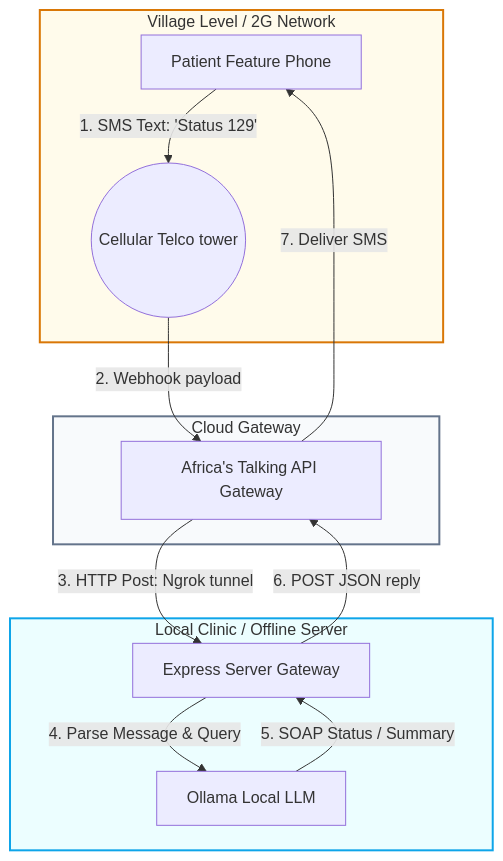
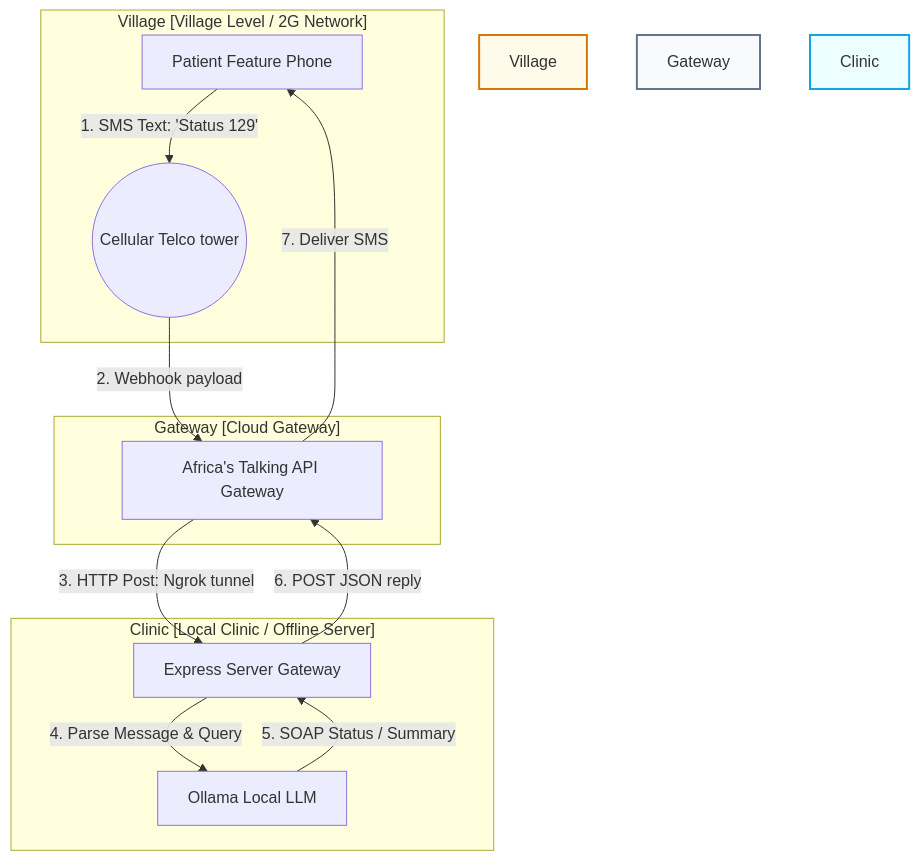
The diagram in blog/posts/2g-sms-fallback-bridge-africa-talking.md (akmalkhaniub/akmalkhaniub.github.io), drawn with Mermaid before and after one commit. The commit also changed 600 other files, not shown here.

Commit message:
fix(blog): resolve Mermaid v10 syntax errors across Figure 1 and publication subgraphs

````diff
--- a/blog/posts/2g-sms-fallback-bridge-africa-talking.md
+++ b/blog/posts/2g-sms-fallback-bridge-africa-talking.md
@@ -18,22 +18,22 @@
 ```mermaid
 graph TD
-    subgraph Village [Village Level / 2G Network]
+    subgraph SG1_VillageVillageLevel ["Village [Village Level / 2G Network]"]
         Patient[Patient Feature Phone] -->|1. SMS Text: 'Status 129'| Telco((Cellular Telco tower))
     end
     
-    subgraph Gateway [Cloud Gateway]
+    subgraph SG2_GatewayCloudGateway ["Gateway [Cloud Gateway]"]
         Telco -->|2. Webhook payload| AT[Africa's Talking API Gateway]
     end
     
-    subgraph Clinic [Local Clinic / Offline Server]
+    subgraph SG3_ClinicLocalClinic ["Clinic [Local Clinic / Offline Server]"]
         AT -->|3. HTTP Post: Ngrok tunnel| Express[Express Server Gateway]
         Express -->|4. Parse Message & Query| LLM[Ollama Local LLM]
         LLM -->|5. SOAP Status / Summary| Express
         Express -->|6. POST JSON reply| AT
         AT -->|7. Deliver SMS| Patient
     end
 
     style Village fill:#fffbeb,stroke:#d97706,stroke-width:2px
     style Gateway fill:#f8fafc,stroke:#64748b,stroke-width:2px
     style Clinic fill:#ecfeff,stroke:#0ea5e9,stroke-width:2px
 ```
````
